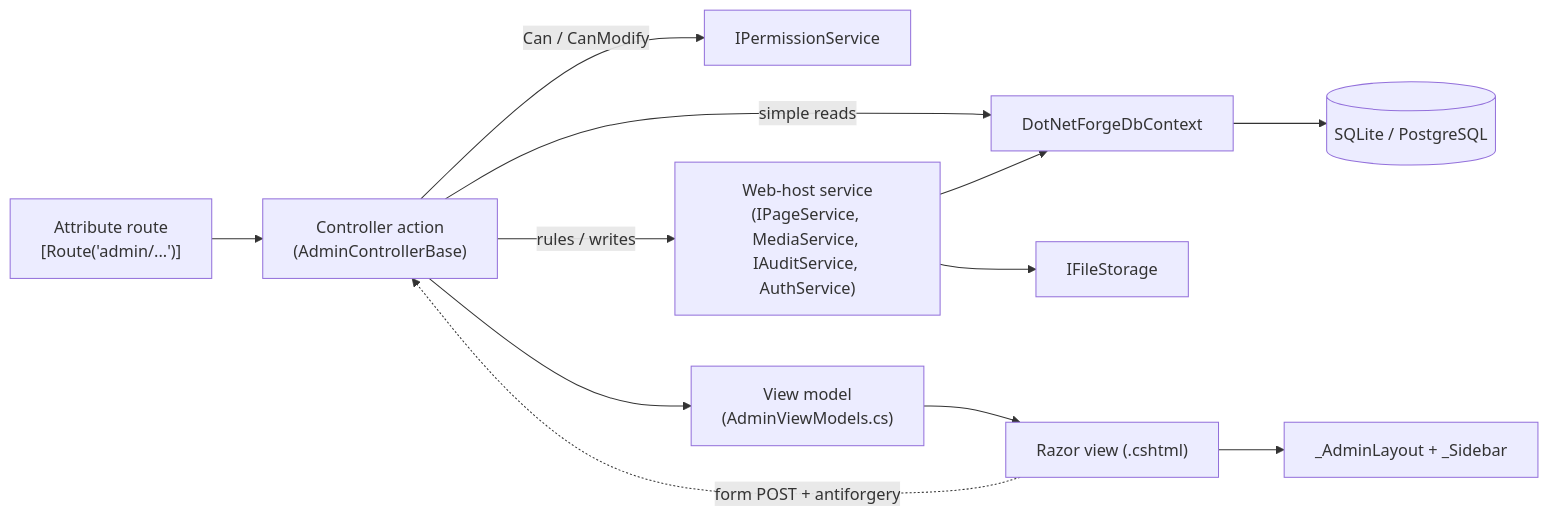
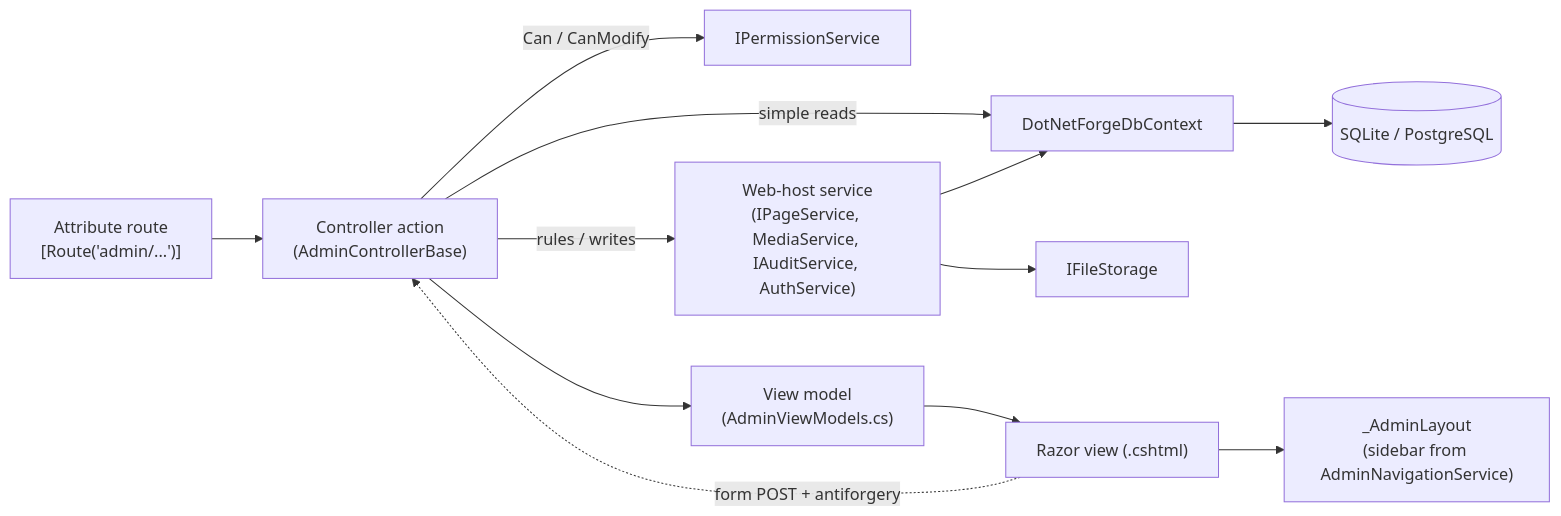
Before and after one commit to Albadit/DotNetForge: the first of 3 diagrams in .docs/architecture/pages.md, drawn with Mermaid. The commit also changed other lines of this file and 454 other files, not shown here.

````diff
--- a/.docs/architecture/pages.md
+++ b/.docs/architecture/pages.md
@@ -12,14 +12,14 @@
 ```mermaid
 flowchart LR
     Route["Attribute route<br/>[Route('admin/...')]"] --> Action["Controller action<br/>(AdminControllerBase)"]
     Action -- "Can / CanModify" --> Perm["IPermissionService"]
     Action -- "simple reads" --> Ctx["DotNetForgeDbContext"]
     Action -- "rules / writes" --> Svc["Web-host service<br/>(IPageService, MediaService, IAuditService, AuthService)"]
     Svc --> Ctx
     Svc --> Files["IFileStorage"]
     Ctx --> DB[("SQLite / PostgreSQL")]
     Action --> VM["View model<br/>(AdminViewModels.cs)"]
     VM --> View["Razor view (.cshtml)"]
-    View --> Layout["_AdminLayout + _Sidebar"]
+    View --> Layout["_AdminLayout<br/>(sidebar from AdminNavigationService)"]
     View -. "form POST + antiforgery" .-> Action
 ```
````
